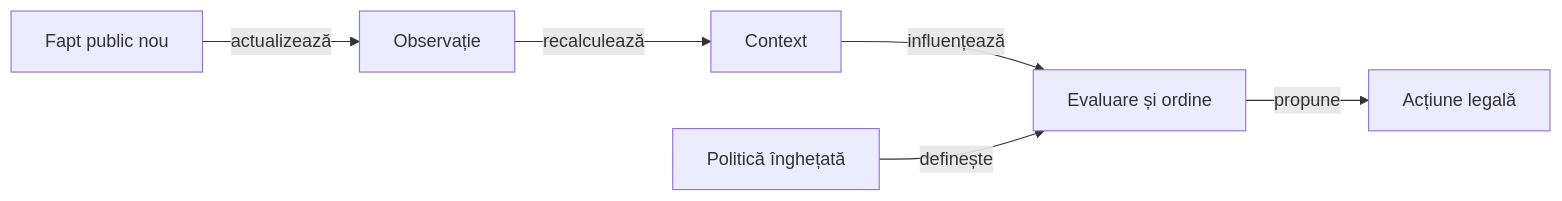
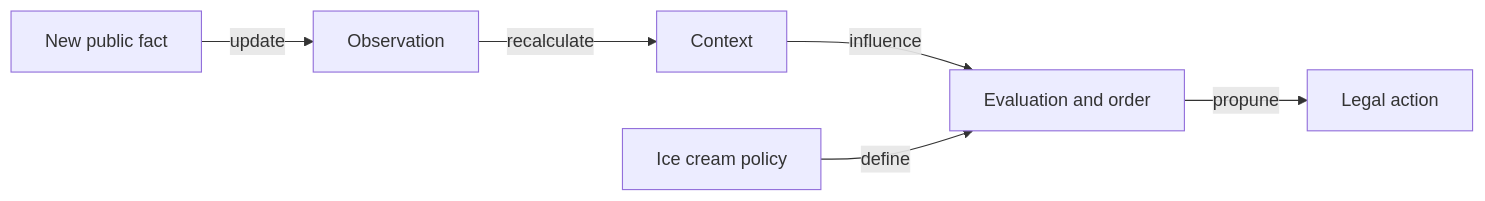
One commit to crististefanita/atf_j4 changed the second of 2 diagrams in docs/ai/ATF_RulesConfiguration.md. Above: the diagram before and after it, drawn with Mermaid. The commit also changed other lines of this file and 122 other files, not shown here.

````diff
--- a/docs/ai/ATF_RulesConfiguration.md
+++ b/docs/ai/ATF_RulesConfiguration.md
@@ -72,8 +72,8 @@
 ```mermaid
 flowchart LR
-    PUBLIC[Fapt public nou] -->|actualizează| OBS[Observație]
-    OBS -->|recalculează| FEATURES[Context]
-    FEATURES -->|influențează| ORDER[Evaluare și ordine]
-    PARAM[Politică înghețată] -->|definește| ORDER
-    ORDER -->|propune| ACTION[Acțiune legală]
+    PUBLIC[New public fact] -->|update| OBS[Observation]
+    OBS -->|recalculate| FEATURES[Context]
+    FEATURES -->|influence| ORDER[Evaluation and order]
+    PARAM[Ice cream policy] -->|define| ORDER
+    ORDER -->|propune| ACTION[Legal action]
 ```
````
